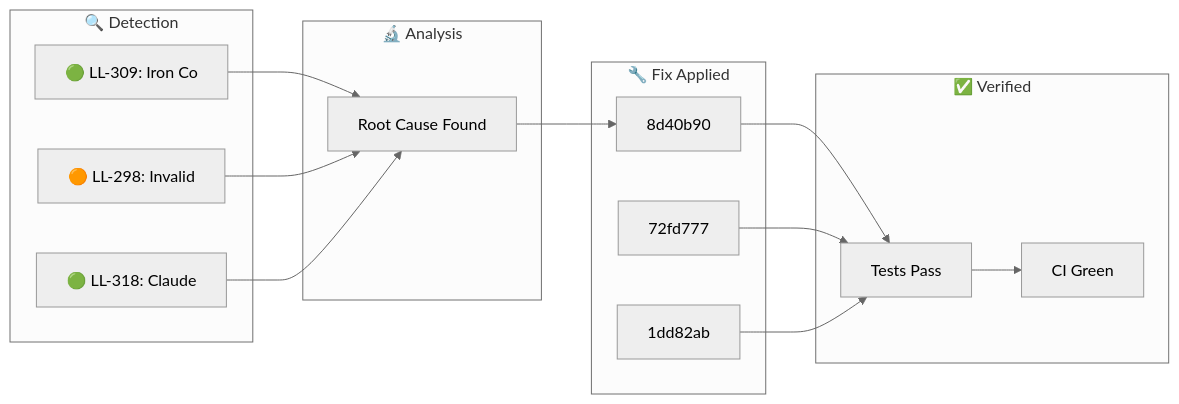
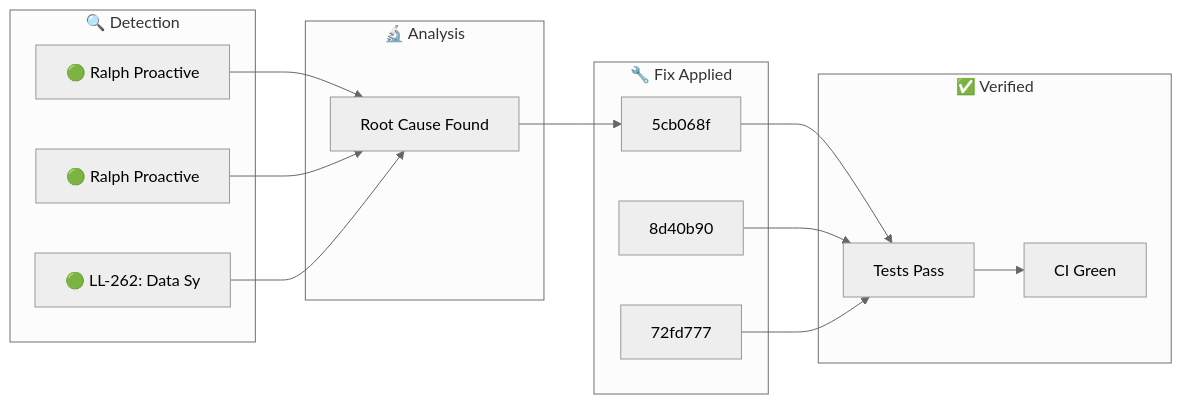
Before and after one commit to YoByron/trading: the diagram in docs/_posts/2026-01-30-ralph-discovery.md, drawn with Mermaid (neutral theme). The commit also changed other lines of this file, not shown here.

Commit message:
docs(ralph): Auto-publish discovery blog post

````diff
--- a/docs/_posts/2026-01-30-ralph-discovery.md
+++ b/docs/_posts/2026-01-30-ralph-discovery.md
@@ -17,28 +17,28 @@
 ```mermaid
 flowchart LR
     subgraph Detection["🔍 Detection"]
-        D1["🟢 LL-309: Iron Co"]
-        D2["🟠 LL-298: Invalid"]
-        D3["🟢 LL-318: Claude "]
+        D1["🟢 Ralph Proactive"]
+        D2["🟢 Ralph Proactive"]
+        D3["🟢 LL-262: Data Sy"]
     end
     subgraph Analysis["🔬 Analysis"]
         A1["Root Cause Found"]
     end
     subgraph Fix["🔧 Fix Applied"]
-        F1["8d40b90"]
-        F2["72fd777"]
-        F3["1dd82ab"]
+        F1["5cb068f"]
+        F2["8d40b90"]
+        F3["72fd777"]
     end
     subgraph Verify["✅ Verified"]
         V1["Tests Pass"]
         V2["CI Green"]
     end
     D1 --> A1
     D2 --> A1
     D3 --> A1
     A1 --> F1
     F1 --> V1
     F2 --> V1
     F3 --> V1
     V1 --> V2
 ```
````
